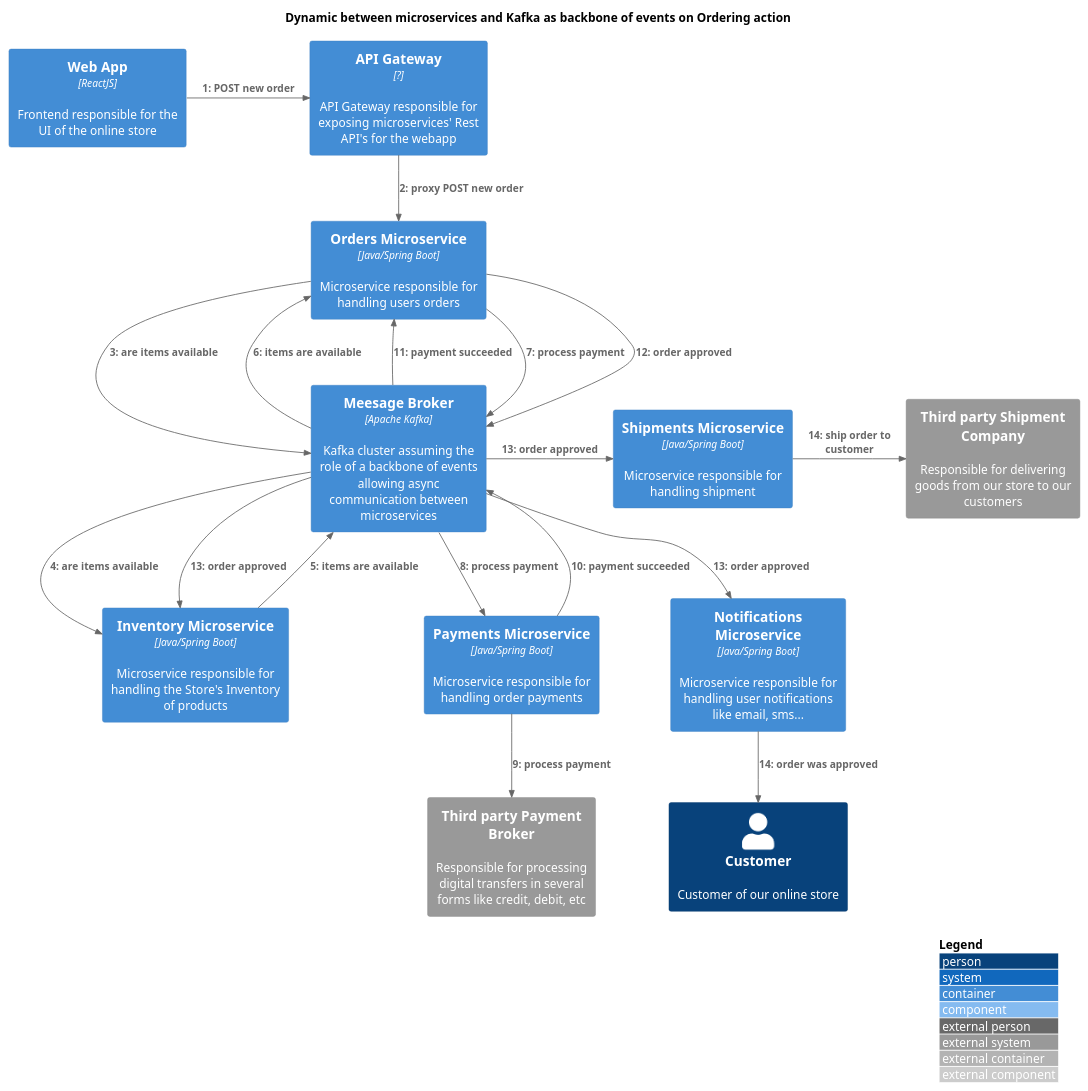
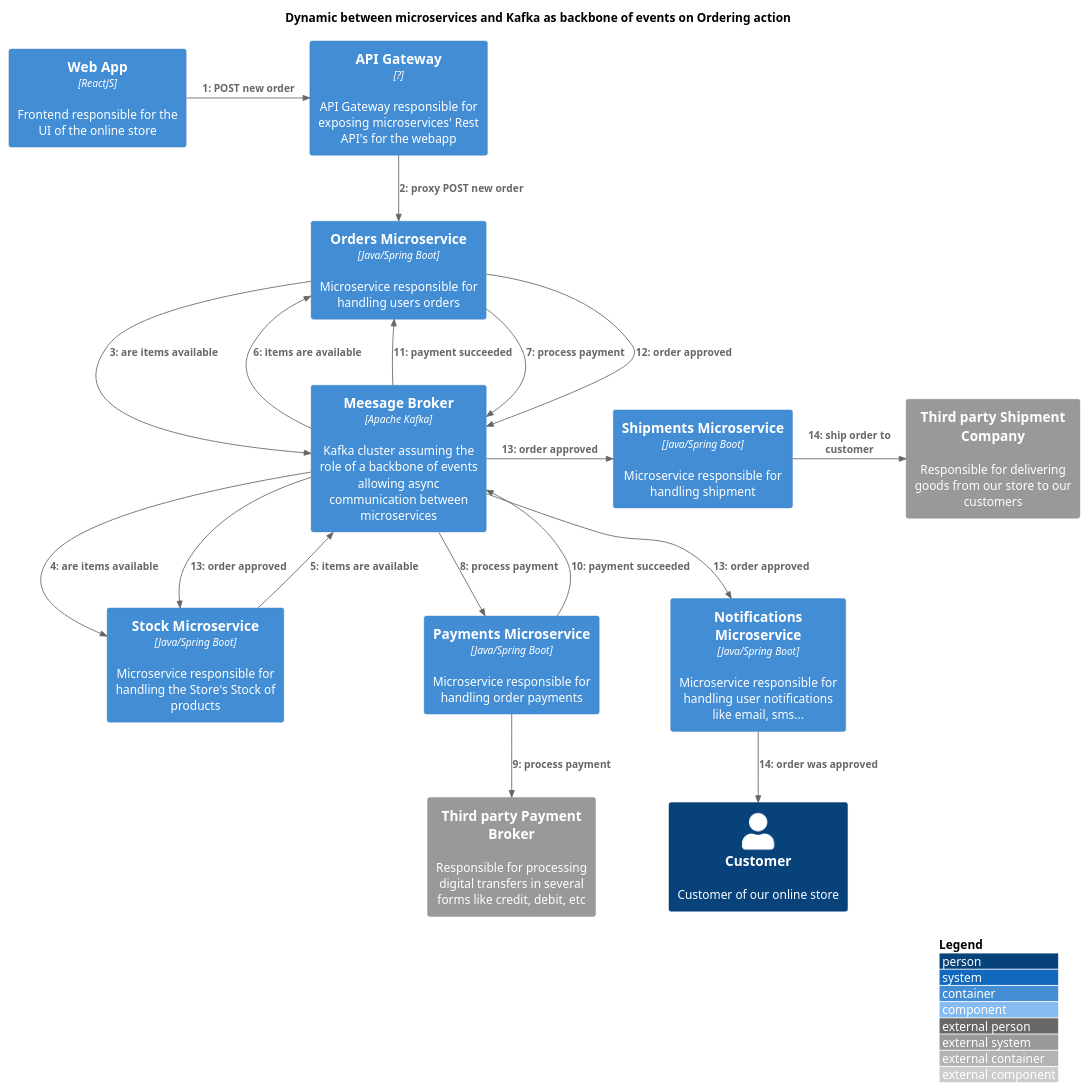
The diagram in awesome-backend-docs/src/Awesome Online Store/Dynamic/events-backbone-for-ordering.puml (viniciusvasti/awesome-backend), drawn with PlantUML before and after one commit. The commit also changed 7 other files, not shown here.

Commit message:
Exchange Inventory -> Stock

```diff
--- a/awesome-backend-docs/src/Awesome Online Store/Dynamic/events-backbone-for-ordering.puml
+++ b/awesome-backend-docs/src/Awesome Online Store/Dynamic/events-backbone-for-ordering.puml
@@ -1,38 +1,38 @@
 @startuml
 !include https://raw.githubusercontent.com/adrianvlupu/C4-PlantUML/latest/C4_Dynamic.puml
 
 title Dynamic between microservices and Kafka as backbone of events on Ordering action
 
 LAYOUT_WITH_LEGEND()
 
 Person(customer, Customer, Customer of our online store)
 System_Ext(paymentBroker, "Third party Payment Broker", "Responsible for processing digital transfers in several forms like credit, debit, etc")
 System_Ext(shipmentCompany, "Third party Shipment Company", "Responsible for delivering goods from our store to our customers")
 Container(aosKafkaCluster, "Meesage Broker", Apache Kafka, "Kafka cluster assuming the role of a backbone of events allowing async communication between microservices")
 Container(aosWebApp, "Web App", ReactJS, "Frontend responsible for the UI of the online store")
 Container(aosApiGateway, "API Gateway", "?", "API Gateway responsible for exposing microservices' Rest API's for the webapp")
-Container(aosInventoryMicroservice, "Inventory Microservice", "Java/Spring Boot", "Microservice responsible for handling the Store's Inventory of products")
+Container(aosStockMicroservice, "Stock Microservice", "Java/Spring Boot", "Microservice responsible for handling the Store's Stock of products")
 Container(aosPaymentsMicroservice, "Payments Microservice", "Java/Spring Boot", "Microservice responsible for handling order payments")
 Container(aosOrdersMicroservice, "Orders Microservice", "Java/Spring Boot", "Microservice responsible for handling users orders")
 Container(aosNotificationsMicroservice, "Notifications Microservice", "Java/Spring Boot", "Microservice responsible for handling user notifications like email, sms...")
 Container(aosShipmentMicroservice, "Shipments Microservice", "Java/Spring Boot", "Microservice responsible for handling shipment")
 
 RelIndex_R(1, aosWebApp, aosApiGateway, "POST new order")
 RelIndex(2, aosApiGateway, aosOrdersMicroservice, "proxy POST new order")
 RelIndex(3, aosOrdersMicroservice, aosKafkaCluster, "are items available")
-RelIndex(4, aosKafkaCluster, aosInventoryMicroservice, "are items available")
-RelIndex(5, aosInventoryMicroservice, aosKafkaCluster, "items are available")
+RelIndex(4, aosKafkaCluster, aosStockMicroservice, "are items available")
+RelIndex(5, aosStockMicroservice, aosKafkaCluster, "items are available")
 RelIndex(6, aosKafkaCluster, aosOrdersMicroservice, "items are available")
 RelIndex(7, aosOrdersMicroservice, aosKafkaCluster, "process payment")
 RelIndex(8, aosKafkaCluster, aosPaymentsMicroservice, "process payment")
 RelIndex(9, aosPaymentsMicroservice, paymentBroker, "process payment")
 RelIndex(10, aosPaymentsMicroservice, aosKafkaCluster, "payment succeeded")
 RelIndex(11, aosKafkaCluster, aosOrdersMicroservice, "payment succeeded")
 RelIndex(12, aosOrdersMicroservice, aosKafkaCluster, "order approved")
 RelIndex(13, aosKafkaCluster, aosNotificationsMicroservice, "order approved")
-RelIndex(13, aosKafkaCluster, aosInventoryMicroservice, "order approved")
+RelIndex(13, aosKafkaCluster, aosStockMicroservice, "order approved")
 RelIndex_R(13, aosKafkaCluster, aosShipmentMicroservice, "order approved")
 RelIndex(14, aosNotificationsMicroservice, customer, "order was approved")
 RelIndex_R(14, aosShipmentMicroservice, shipmentCompany, "ship order to customer")
 
 @enduml
```
